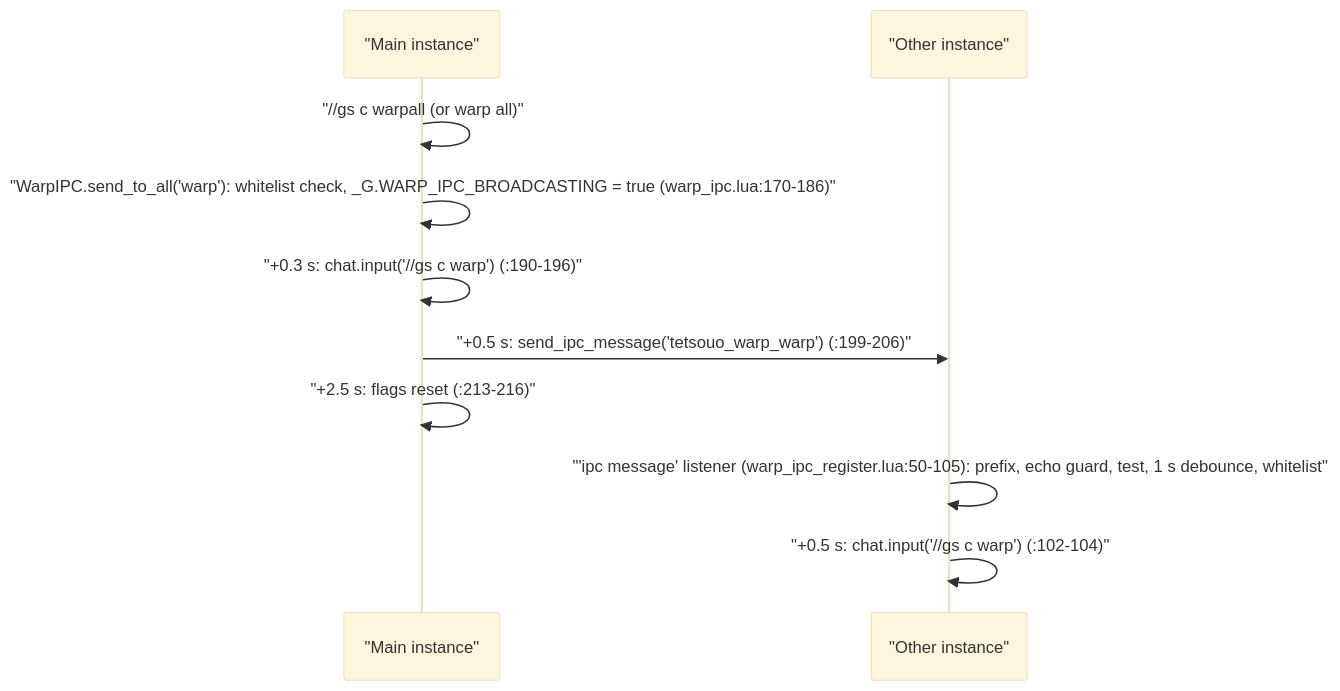
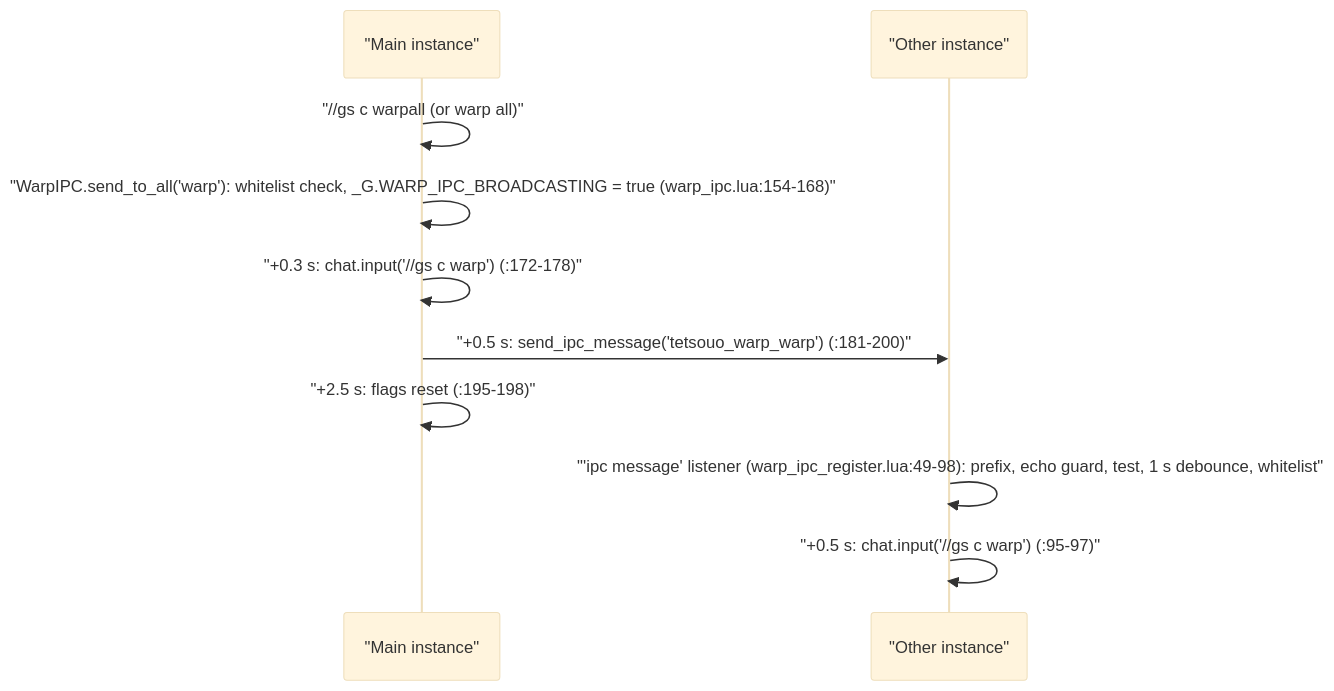
Before and after one commit to ejouanchicot/Gearswap: the fourth of 4 diagrams in docs/dev/systems/warp.md, drawn with Mermaid (base theme). The commit also changed other lines of this file and 81 other files, not shown here.

````diff
--- a/docs/dev/systems/warp.md
+++ b/docs/dev/systems/warp.md
@@ -185,12 +185,12 @@
 ```mermaid
 sequenceDiagram
     participant M as "Main instance"
     participant A as "Other instance"
     M->>M: "//gs c warpall (or warp all)"
-    M->>M: "WarpIPC.send_to_all('warp'): whitelist check, _G.WARP_IPC_BROADCASTING = true (warp_ipc.lua:170-186)"
-    M->>M: "+0.3 s: chat.input('//gs c warp') (:190-196)"
-    M->>A: "+0.5 s: send_ipc_message('tetsouo_warp_warp') (:199-206)"
-    M->>M: "+2.5 s: flags reset (:213-216)"
-    A->>A: "'ipc message' listener (warp_ipc_register.lua:50-105): prefix, echo guard, test, 1 s debounce, whitelist"
-    A->>A: "+0.5 s: chat.input('//gs c warp') (:102-104)"
+    M->>M: "WarpIPC.send_to_all('warp'): whitelist check, _G.WARP_IPC_BROADCASTING = true (warp_ipc.lua:154-168)"
+    M->>M: "+0.3 s: chat.input('//gs c warp') (:172-178)"
+    M->>A: "+0.5 s: send_ipc_message('tetsouo_warp_warp') (:181-200)"
+    M->>M: "+2.5 s: flags reset (:195-198)"
+    A->>A: "'ipc message' listener (warp_ipc_register.lua:49-98): prefix, echo guard, test, 1 s debounce, whitelist"
+    A->>A: "+0.5 s: chat.input('//gs c warp') (:95-97)"
 ```
````
